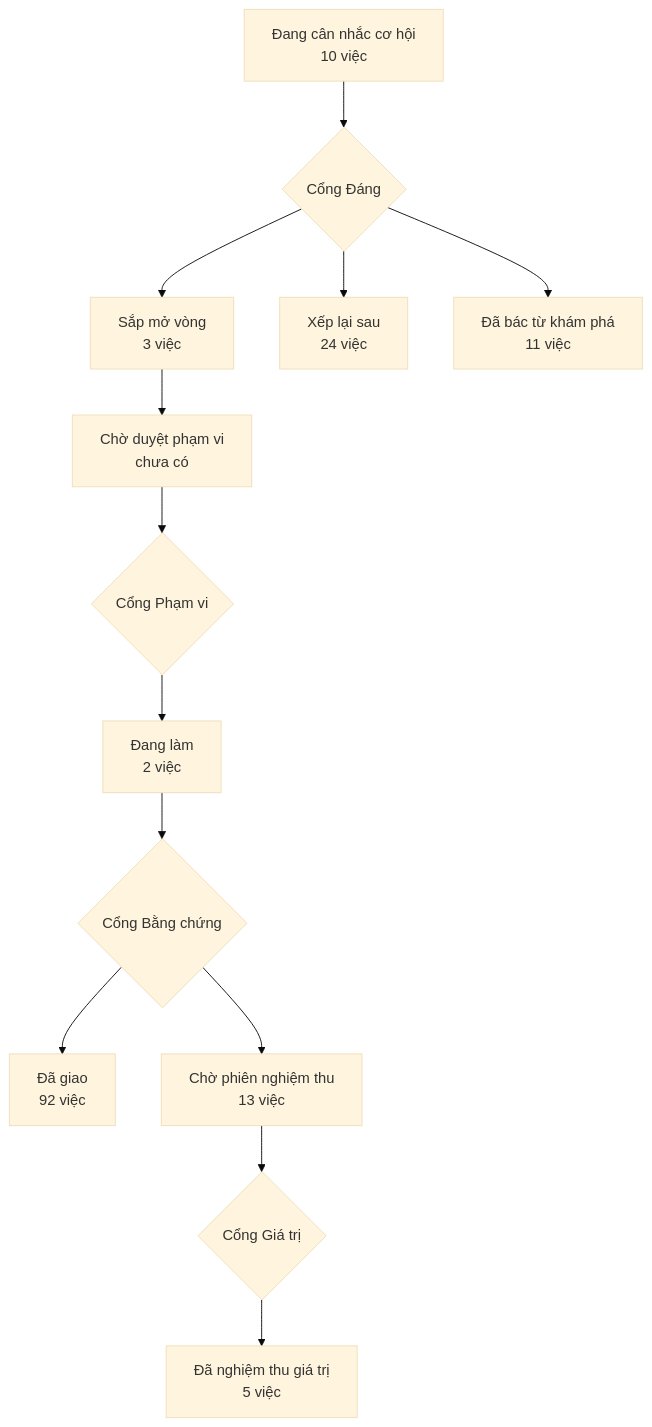
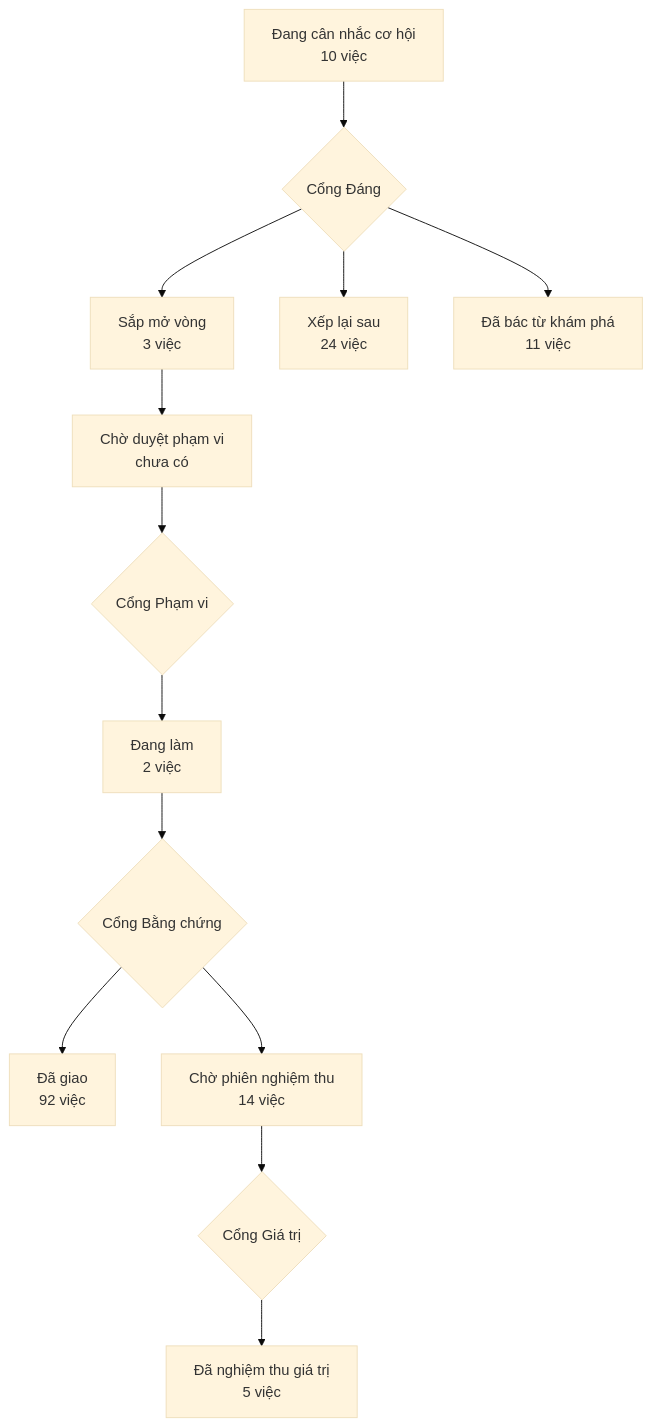
Before and after one commit to phanlemanh/acceptance-gate-kit: the diagram in PRODUCT-MAP.md, drawn with Mermaid (base theme).

Commit message:
chore(map): vẽ lại bản đồ sau khi gộp main 730d000c

````diff
--- a/PRODUCT-MAP.md
+++ b/PRODUCT-MAP.md
@@ -6,12 +6,12 @@
 ```mermaid
 flowchart TD
   A["Đang cân nhắc cơ hội<br/>10 việc"] --> GD{"Cổng Đáng"}
   GD --> B["Sắp mở vòng<br/>3 việc"]
   GD --> XL["Xếp lại sau<br/>24 việc"]
   GD --> DB["Đã bác từ khám phá<br/>11 việc"]
   B --> CD["Chờ duyệt phạm vi<br/>chưa có"] --> GP{"Cổng Phạm vi"}
   GP --> DL["Đang làm<br/>2 việc"] --> GB{"Cổng Bằng chứng"}
   GB --> DG["Đã giao<br/>92 việc"]
-  GB --> CN["Chờ phiên nghiệm thu<br/>13 việc"] --> GG{"Cổng Giá trị"}
+  GB --> CN["Chờ phiên nghiệm thu<br/>14 việc"] --> GG{"Cổng Giá trị"}
   GG --> NT["Đã nghiệm thu giá trị<br/>5 việc"]
 ```
````
